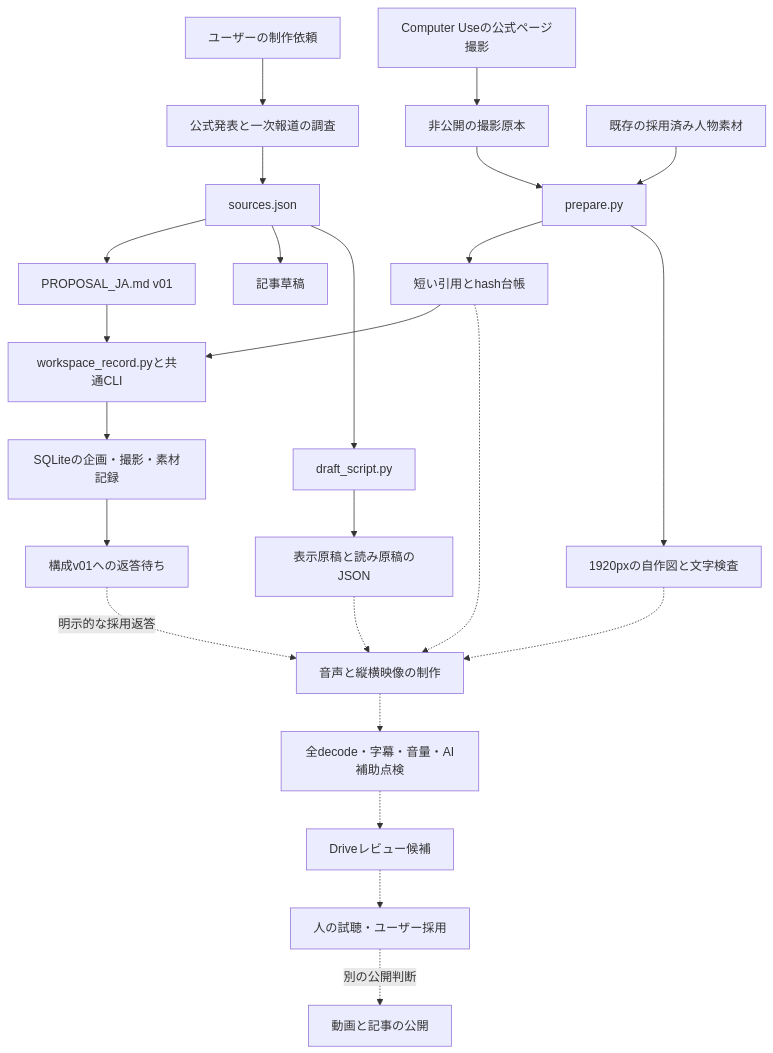
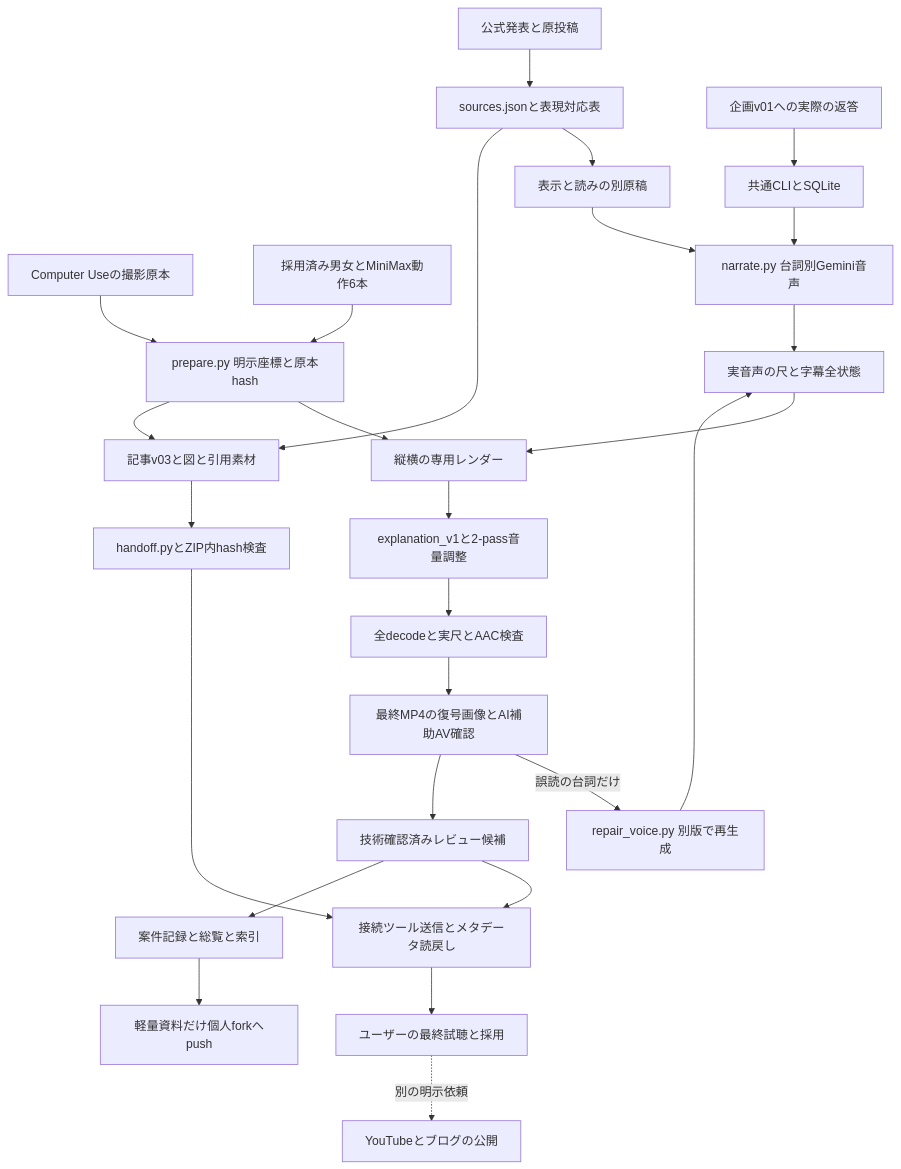
One commit to benriworks/MiniMax-H3 changed the diagram in productions/content-projects/CONTENT_20261103_model_race/ARCHITECTURE_DIAGRAM.md. Above: the diagram before and after it, drawn with Mermaid. The commit also changed other lines of this file and 35 other files, not shown here.

Commit message:
Complete model-race review videos with official wording and evidence

````diff
--- a/productions/content-projects/CONTENT_20261103_model_race/ARCHITECTURE_DIAGRAM.md
+++ b/productions/content-projects/CONTENT_20261103_model_race/ARCHITECTURE_DIAGRAM.md
@@ -5,26 +5,28 @@
 ```mermaid
 flowchart TD
-    Request[ユーザーの制作依頼] --> Research[公式発表と一次報道の調査]
-    Research --> Sources[sources.json]
-    Sources --> Proposal[PROPOSAL_JA.md v01]
-    Sources --> Article[記事草稿]
-    Sources --> Draft[draft_script.py]
-    Draft --> Texts[表示原稿と読み原稿のJSON]
-    CUA[Computer Useの公式ページ撮影] --> Raw[非公開の撮影原本]
-    Raw --> Prepare[prepare.py]
-    Approved[既存の採用済み人物素材] --> Prepare
-    Prepare --> Excerpts[短い引用とhash台帳]
-    Prepare --> Figures[1920pxの自作図と文字検査]
-    Proposal --> CLI[workspace_record.pyと共通CLI]
-    Excerpts --> CLI
-    CLI --> DB[SQLiteの企画・撮影・素材記録]
-    DB --> Pending[構成v01への返答待ち]
-    Pending -.明示的な採用返答.-> Production[音声と縦横映像の制作]
-    Texts -.-> Production
-    Excerpts -.-> Production
-    Figures -.-> Production
-    Production -.-> QC[全decode・字幕・音量・AI補助点検]
-    QC -.-> Drive[Driveレビュー候補]
-    Drive -.-> Human[人の試聴・ユーザー採用]
-    Human -.別の公開判断.-> Publication[動画と記事の公開]
+  Official[公式発表と原投稿] --> Sources[sources.jsonと表現対応表]
+  Capture[Computer Useの撮影原本] --> Prepare[prepare.py 明示座標と原本hash]
+  Existing[採用済み男女とMiniMax動作6本] --> Prepare
+  User[企画v01への実際の返答] --> CLI[共通CLIとSQLite]
+  Sources --> Script[表示と読みの別原稿]
+  CLI --> TTS[narrate.py 台詞別Gemini音声]
+  Script --> TTS
+  TTS --> Timeline[実音声の尺と字幕全状態]
+  Prepare --> Render[縦横の専用レンダー]
+  Timeline --> Render
+  Render --> Mix[explanation_v1と2-pass音量調整]
+  Mix --> MP4[全decodeと実尺とAAC検査]
+  MP4 --> Review[最終MP4の復号画像とAI補助AV確認]
+  Review -->|誤読の台詞だけ| Repair[repair_voice.py 別版で再生成]
+  Repair --> Timeline
+  Review --> Candidate[技術確認済みレビュー候補]
+  Sources --> Article[記事v03と図と引用素材]
+  Prepare --> Article
+  Article --> Kit[handoff.pyとZIP内hash検査]
+  Candidate --> Drive[接続ツール送信とメタデータ読戻し]
+  Kit --> Drive
+  Drive --> Human[ユーザーの最終試聴と採用]
+  Candidate --> Record[案件記録と総覧と索引]
+  Record --> Fork[軽量資料だけ個人forkへpush]
+  Human -. 別の明示依頼 .-> Publish[YouTubeとブログの公開]
 ```
````
